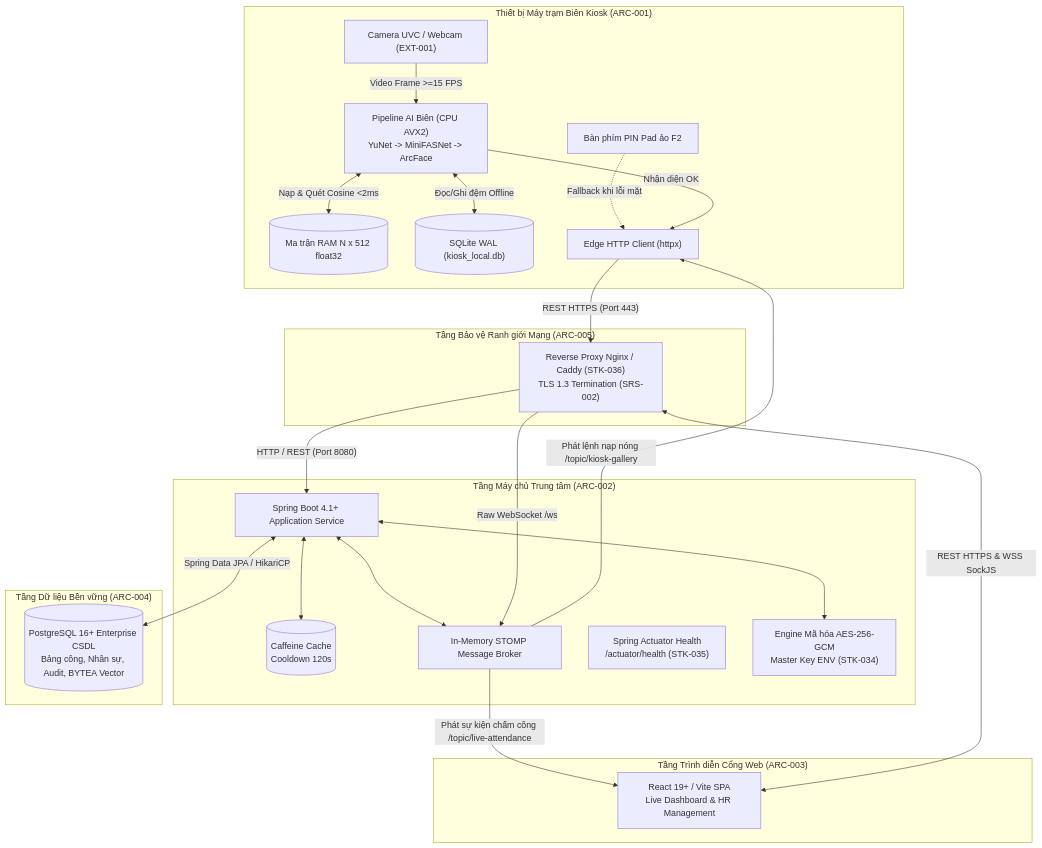
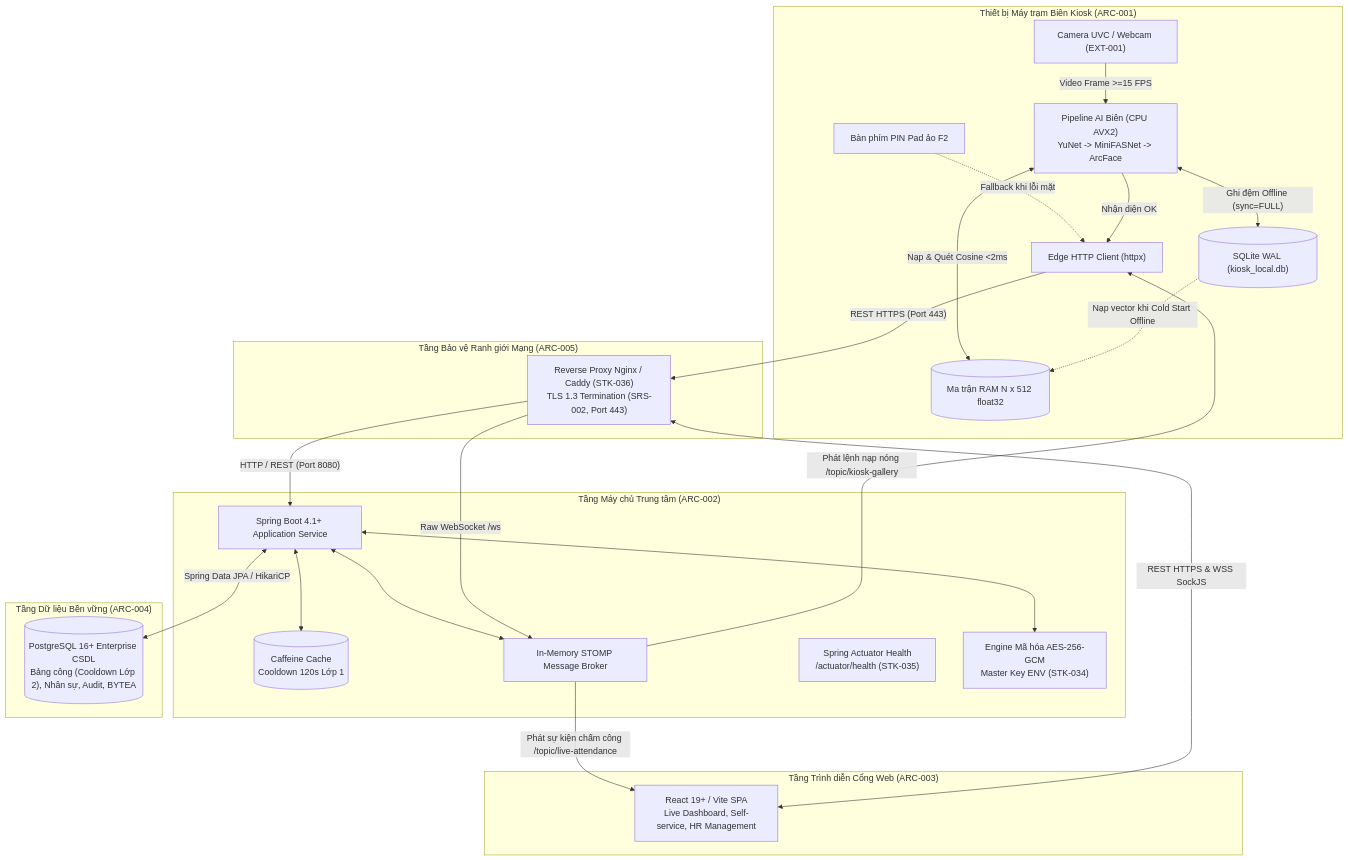
The diagram in docs/system-docs/dds/dds.md (nvdung250405/face-attendance-system), drawn with Mermaid before and after one commit. The commit also changed other lines of this file, not shown here.

````diff
--- a/docs/system-docs/dds/dds.md
+++ b/docs/system-docs/dds/dds.md
@@ -37,42 +39,43 @@
 ```mermaid
 flowchart TB
     subgraph Edge_Kiosk["Thiết bị Máy trạm Biên Kiosk (ARC-001)"]
         Camera["Camera UVC / Webcam (EXT-001)"] -->|"Video Frame >=15 FPS"| EdgePipeline["Pipeline AI Biên (CPU AVX2)\nYuNet -> MiniFASNet -> ArcFace"]
         EdgePipeline <-->|"Nạp & Quét Cosine <2ms"| RAMGallery[("Ma trận RAM N x 512 float32")]
-        EdgePipeline <-->|"Đọc/Ghi đệm Offline"| SQLiteWAL[("SQLite WAL (kiosk_local.db)")]
+        EdgePipeline <-->|"Ghi đệm Offline (sync=FULL)"| SQLiteWAL[("SQLite WAL (kiosk_local.db)")]
+        SQLiteWAL -.->|"Nạp vector khi Cold Start Offline"| RAMGallery
         PinPadUI["Bàn phím PIN Pad ảo F2"] -.->|"Fallback khi lỗi mặt"| EdgeHttp["Edge HTTP Client (httpx)"]
         EdgePipeline -->|"Nhận diện OK"| EdgeHttp
     end
 
     subgraph ReverseProxy_Tier["Tầng Bảo vệ Ranh giới Mạng (ARC-005)"]
-        ReverseProxy["Reverse Proxy Nginx / Caddy (STK-036)\nTLS 1.3 Termination (SRS-002)"]
+        ReverseProxy["Reverse Proxy Nginx / Caddy (STK-036)\nTLS 1.3 Termination (SRS-002, Port 443)"]
     end
 
     subgraph Enterprise_Backend["Tầng Máy chủ Trung tâm (ARC-002)"]
         BackendApp["Spring Boot 4.1+ Application Service"]
-        CaffeineCache[("Caffeine Cache\nCooldown 120s")]
+        CaffeineCache[("Caffeine Cache\nCooldown 120s Lớp 1")]
         StompBroker["In-Memory STOMP Message Broker"]
         Actuator["Spring Actuator Health\n/actuator/health (STK-035)"]
         AESEngine["Engine Mã hóa AES-256-GCM\nMaster Key ENV (STK-034)"]
         BackendApp <--> CaffeineCache
         BackendApp <--> StompBroker
         BackendApp <--> AESEngine
     end
 
     subgraph Enterprise_Storage["Tầng Dữ liệu Bền vững (ARC-004)"]
-        PostgresDB[("PostgreSQL 16+ Enterprise CSDL\nBảng công, Nhân sự, Audit, BYTEA Vector")]
+        PostgresDB[("PostgreSQL 16+ Enterprise CSDL\nBảng công (Cooldown Lớp 2), Nhân sự, Audit, BYTEA")]
     end
 
     subgraph Web_Client["Tầng Trình diễn Cổng Web (ARC-003)"]
-        WebPortal["React 19+ / Vite SPA\nLive Dashboard & HR Management"]
+        WebPortal["React 19+ / Vite SPA\nLive Dashboard, Self-service, HR Management"]
     end
 
     %% Luồng truyền thông
     EdgeHttp -->|"REST HTTPS (Port 443)"| ReverseProxy
     WebPortal <-->|"REST HTTPS & WSS SockJS"| ReverseProxy
     ReverseProxy -->|"HTTP / REST (Port 8080)"| BackendApp
     ReverseProxy -->|"Raw WebSocket /ws"| StompBroker
     BackendApp <-->|"Spring Data JPA / HikariCP"| PostgresDB
     StompBroker -->|"Phát lệnh nạp nóng /topic/kiosk-gallery"| EdgeHttp
     StompBroker -->|"Phát sự kiện chấm công /topic/live-attendance"| WebPortal
 ```
````
